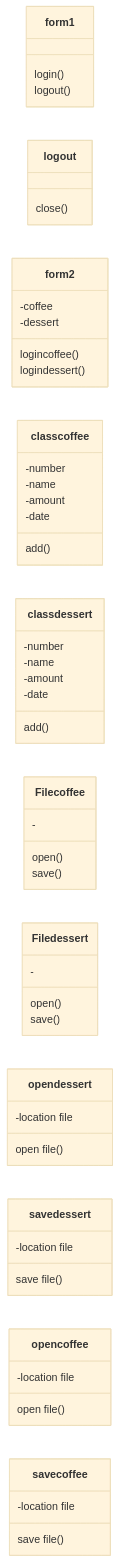
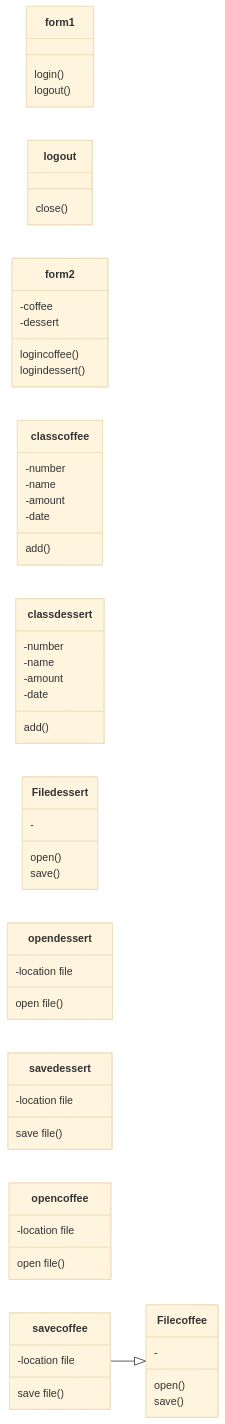
The diagram in README.md (Syxsaran/ReportSalesCoffee), drawn with Mermaid (base theme) before and after one commit.

````diff
--- a/README.md
+++ b/README.md
@@ -11,58 +11,58 @@
 ```mermaid
 classDiagram
   direction LR
   class form1{
   login()
   logout()
   }
   class logout{
   close()
   }
   class form2{
   -coffee
   -dessert
   logincoffee()
   logindessert()
   }
   class classcoffee{
   -number
   -name
   -amount
   -date
   add()
   }
   class classdessert{
   -number
   -name
   -amount
   -date
   add()
   }
   class Filecoffee{
   -
   open()
   save()
   }
   class Filedessert{
   -
   open()
   save()
   }
   class opendessert{
   -location file
   open file()
   }
   class savedessert{
   -location file
   save file()
   }
   class opencoffee{
   -location file
   open file()
   }
   class savecoffee{
   -location file
   save file()
   }
-  
+  savecoffee --|> Filecoffee
   ```
````
